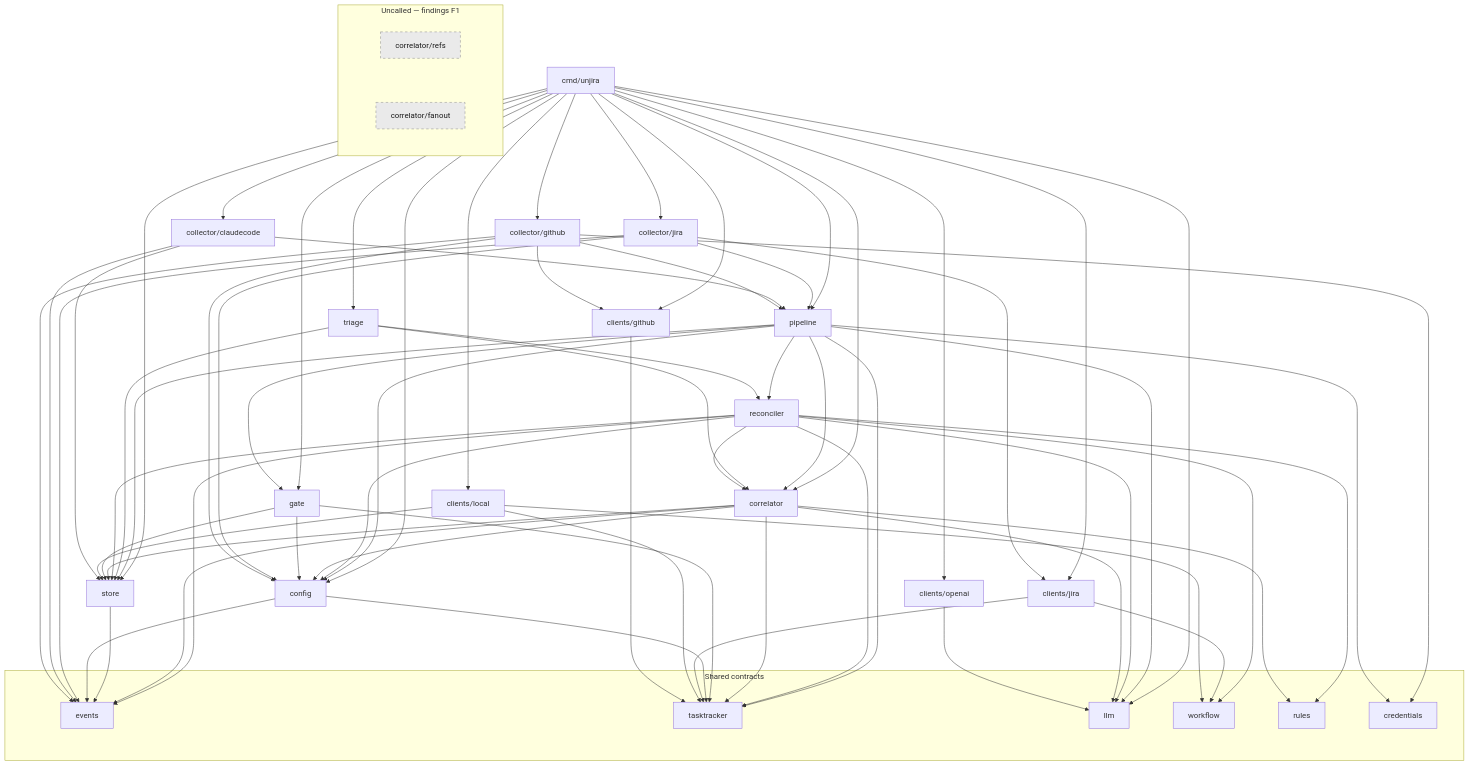
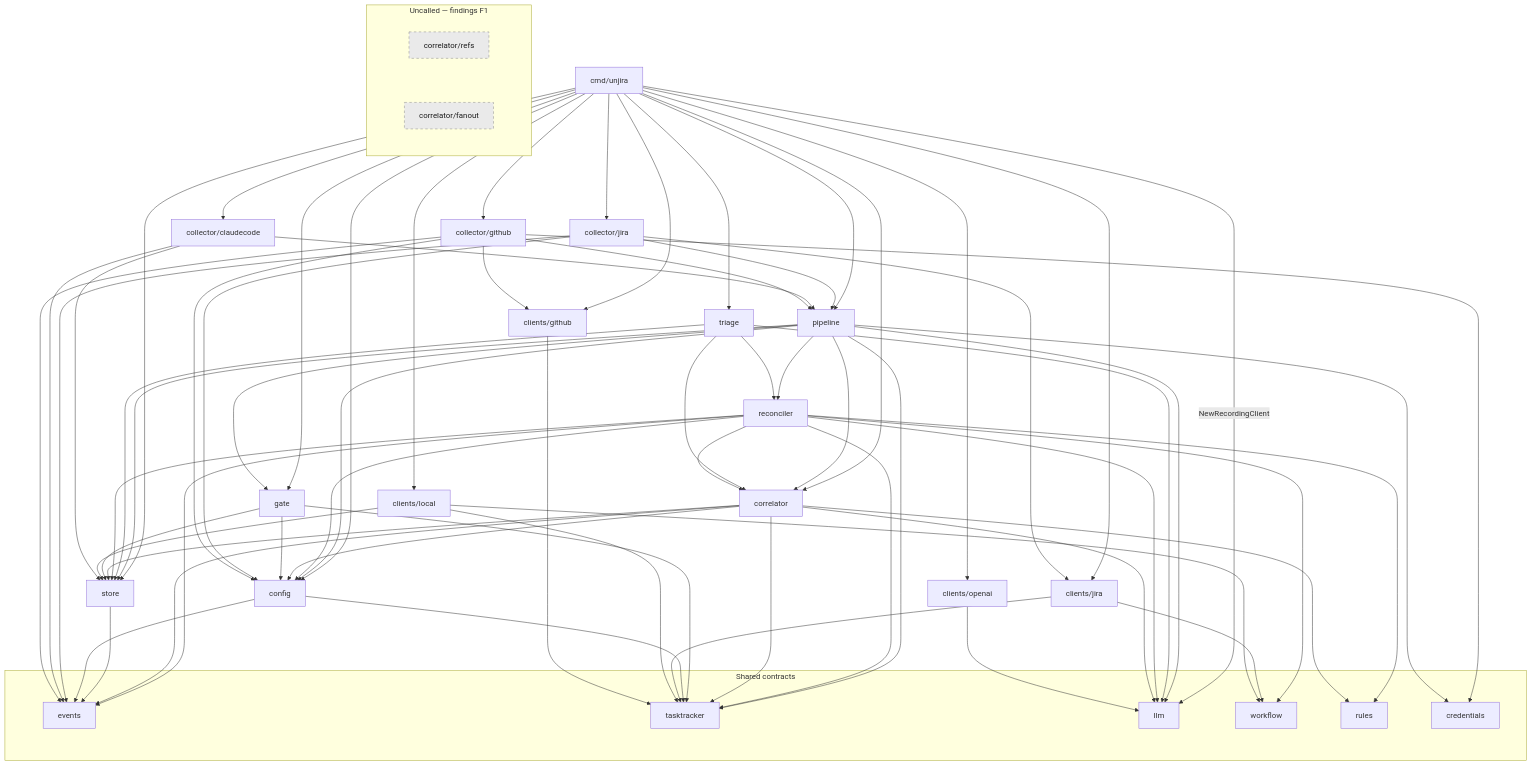
The fourth of 4 diagrams in docs/architecture.md (jcogilvie/unjira), drawn with Mermaid before and after one commit. The commit also changed other lines of this file and 1 other file, not shown here.

Commit message:
Task 10: supersede D-5 with D-33, add D-34, quote verification and name what is unverified

````diff
--- a/docs/architecture.md
+++ b/docs/architecture.md
@@ -458,59 +458,59 @@
 ```mermaid
 ---
 config:
   nodeSpacing: 90
   rankSpacing: 130
 ---
 flowchart TB
     CMD["cmd/unjira"]
     PIPE["pipeline"]
     TRIAGE["triage"]
     RECON["reconciler"]
     CORR["correlator"]
     GATE["gate"]
     STORE["store"]
     CONFIG["config"]
     CJIRA["clients/jira"]
     CGH["clients/github"]
     CLOCAL["clients/local"]
     COAI["clients/openai"]
     COLLJ["collector/jira"]
     COLLC["collector/claudecode"]
     COLLGH["collector/github"]
 
     subgraph contracts["Shared contracts"]
         EVENTS["events"]
         TT["tasktracker"]
         LLM["llm"]
         WF["workflow"]
         RULES["rules"]
         CRED["credentials"]
     end
 
     subgraph orphans["Uncalled — findings F1"]
         REFS["correlator/refs"]
         FANOUT["correlator/fanout"]
     end
 
     CMD --> PIPE & TRIAGE & GATE & CORR & STORE & CONFIG
-    CMD --> LLM
+    CMD -->|"NewRecordingClient"| LLM
     CMD --> CJIRA & CGH & CLOCAL & COAI & COLLJ & COLLC & COLLGH
     PIPE --> RECON & CORR & GATE & STORE & CONFIG & TT & LLM
-    TRIAGE --> RECON & CORR & STORE
+    TRIAGE --> RECON & CORR & STORE & LLM
     RECON --> CORR & STORE & CONFIG & WF & LLM & RULES & EVENTS & TT
     CORR --> STORE & CONFIG & LLM & RULES & EVENTS & TT
     GATE --> STORE & CONFIG & TT
     STORE --> EVENTS
     CONFIG --> EVENTS & TT
     CJIRA --> TT & WF
     CLOCAL --> STORE & TT & WF
     COAI --> LLM
     COLLJ --> CJIRA & CONFIG & EVENTS & PIPE
     COLLC --> EVENTS & PIPE & STORE
     COLLGH --> CGH & CONFIG & EVENTS & PIPE & CRED
     CGH --> TT
     PIPE --> CRED
 
     classDef orphan fill:#eaeaea,stroke:#888,stroke-dasharray: 5 5,color:#1a1a1a
     class REFS,FANOUT orphan
 ```
````
